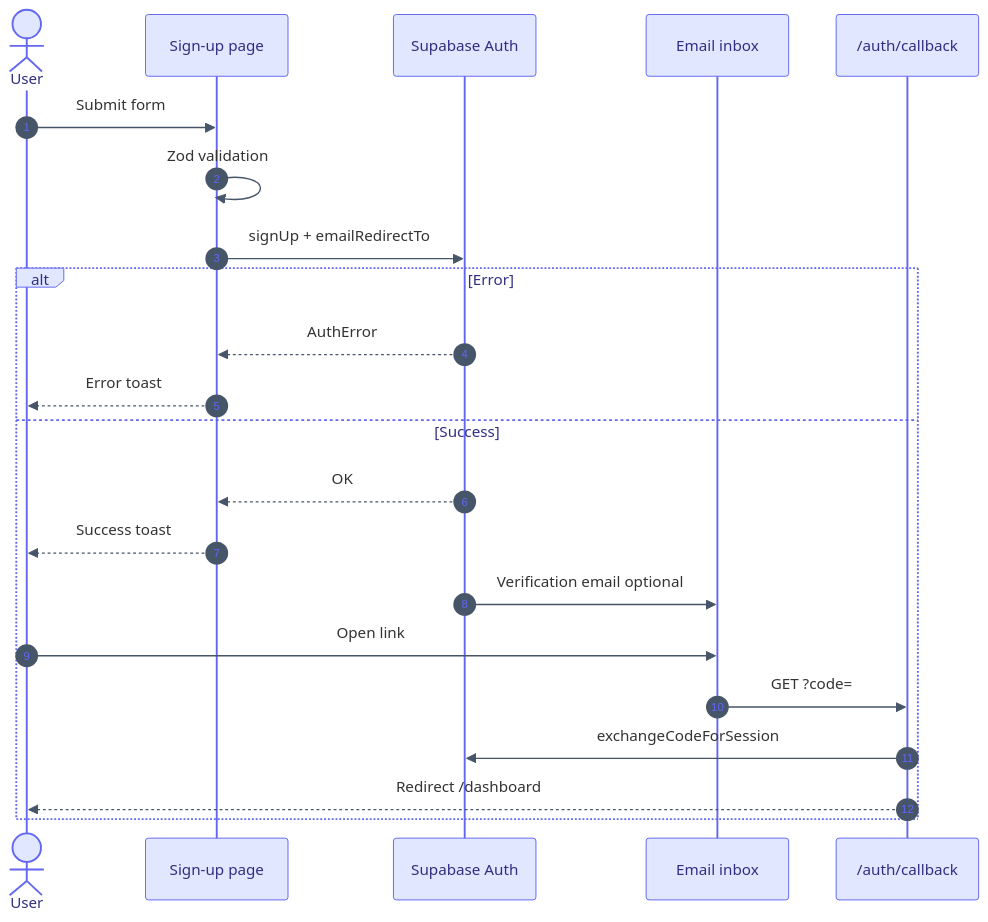
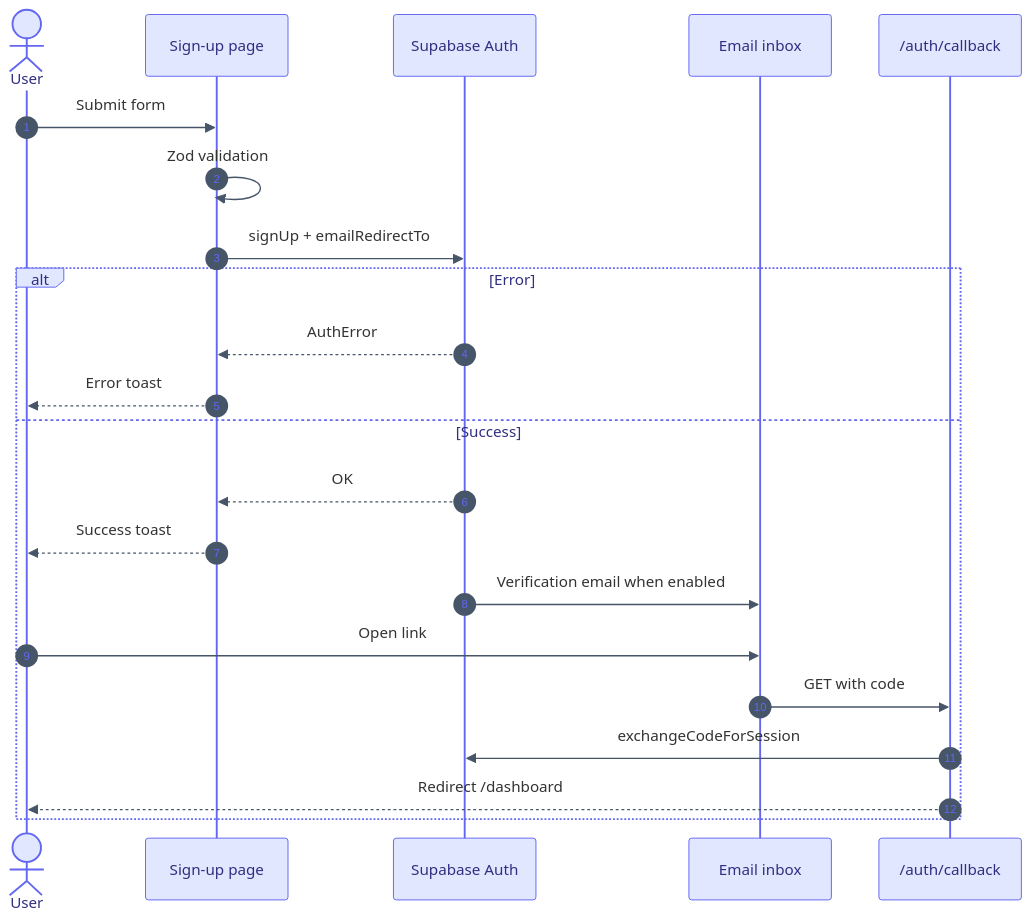
The second of 4 diagrams in docs/authentication.md (parmeet1402/ai-workflow-platform), drawn with Mermaid before and after one commit. The commit also changed other lines of this file and 5 other files, not shown here.

````diff
--- a/docs/authentication.md
+++ b/docs/authentication.md
@@ -133,36 +88,36 @@
 ```mermaid
 %%{init: {
   "theme": "base",
   "themeVariables": {
     "actorBkg": "#e0e7ff",
     "actorBorder": "#6366f1",
     "actorTextColor": "#312e81",
     "signalColor": "#475569",
     "sequenceNumberColor": "#6366f1"
   }
 }}%%
 sequenceDiagram
   autonumber
   actor User
   participant Page as Sign-up page
   participant Auth as Supabase Auth
   participant Email as Email inbox
   participant Route as /auth/callback
 
   User->>Page: Submit form
   Page->>Page: Zod validation
   Page->>Auth: signUp + emailRedirectTo
 
   alt Error
     Auth-->>Page: AuthError
     Page-->>User: Error toast
   else Success
     Auth-->>Page: OK
     Page-->>User: Success toast
-    Auth->>Email: Verification email optional
+    Auth->>Email: Verification email when enabled
     User->>Email: Open link
-    Email->>Route: GET ?code=
+    Email->>Route: GET with code
     Route->>Auth: exchangeCodeForSession
     Route-->>User: Redirect /dashboard
   end
 ```
````
